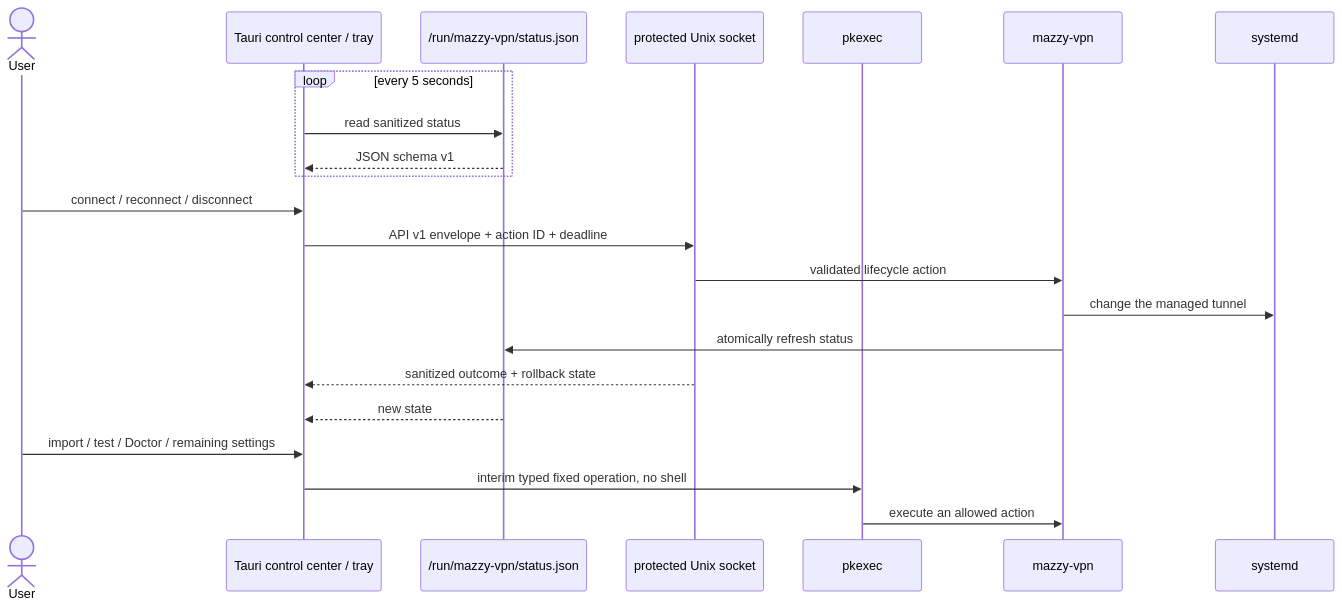
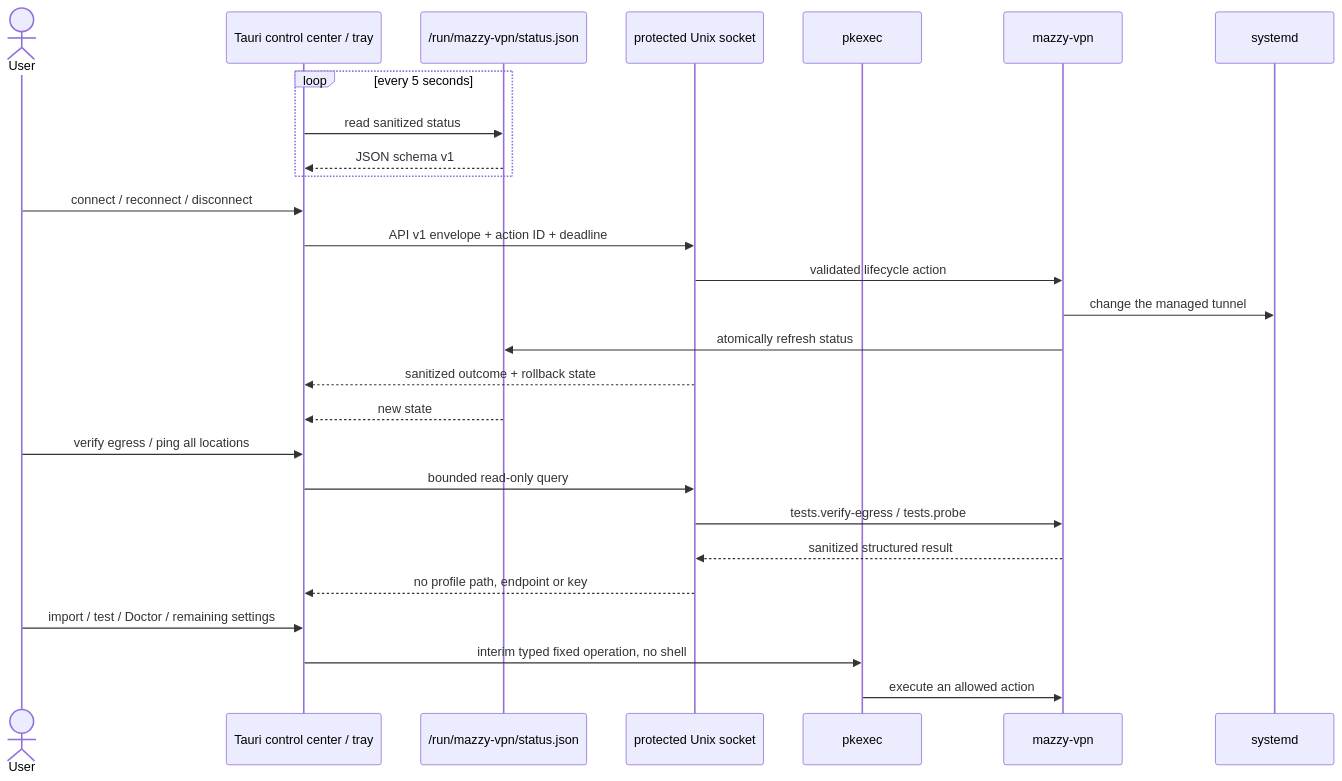
The second of 5 diagrams in docs/ARCHITECTURE.en.md (mazurovn/mazzy-vpn), drawn with Mermaid before and after one commit. The commit also changed other lines of this file and 75 other files, not shown here.

````diff
--- a/docs/ARCHITECTURE.en.md
+++ b/docs/ARCHITECTURE.en.md
@@ -136,25 +153,30 @@
 ```mermaid
 sequenceDiagram
     actor User
     participant UI as Tauri control center / tray
     participant Cache as /run/mazzy-vpn/status.json
     participant API as protected Unix socket
     participant PK as pkexec
     participant CLI as mazzy-vpn
     participant SD as systemd
 
     loop every 5 seconds
         UI->>Cache: read sanitized status
         Cache-->>UI: JSON schema v1
     end
     User->>UI: connect / reconnect / disconnect
     UI->>API: API v1 envelope + action ID + deadline
     API->>CLI: validated lifecycle action
     CLI->>SD: change the managed tunnel
     CLI->>Cache: atomically refresh status
     API-->>UI: sanitized outcome + rollback state
     Cache-->>UI: new state
+    User->>UI: verify egress / ping all locations
+    UI->>API: bounded read-only query
+    API->>CLI: tests.verify-egress / tests.probe
+    CLI-->>API: sanitized structured result
+    API-->>UI: no profile path, endpoint or key
     User->>UI: import / test / Doctor / remaining settings
     UI->>PK: interim typed fixed operation, no shell
     PK->>CLI: execute an allowed action
 ```
````
